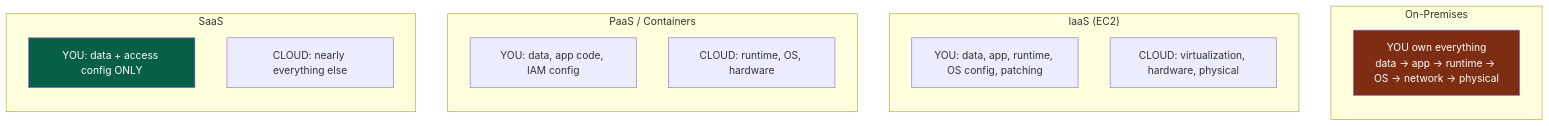
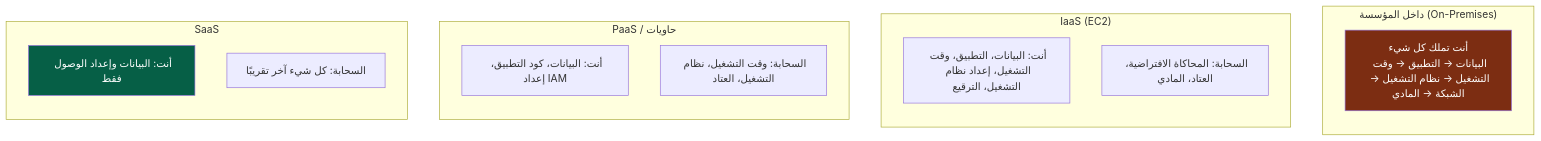
The second of 11 diagrams in src/content/translate/ar/cloud-native-and-supply-chain-security-in-depth.md (ibra-kdbra/banije), drawn with Mermaid before and after one commit. The commit also changed other lines of this file and 33 other files, not shown here.

````diff
--- a/src/content/translate/ar/cloud-native-and-supply-chain-security-in-depth.md
+++ b/src/content/translate/ar/cloud-native-and-supply-chain-security-in-depth.md
@@ -56,24 +56,24 @@
 ```mermaid
 flowchart TD
-    subgraph OnPrem["On-Premises"]
+    subgraph OnPrem["داخل المؤسسة (On-Premises)"]
         direction TB
-        O["YOU own everything<br/>data → app → runtime → OS → network → physical"]
+        O["أنت تملك كل شيء<br/>البيانات → التطبيق → وقت التشغيل → نظام التشغيل → الشبكة → المادي"]
     end
     subgraph IaaS["IaaS (EC2)"]
         direction TB
-        I1["YOU: data, app, runtime, OS config, patching"]
-        I2["CLOUD: virtualization, hardware, physical"]
+        I1["أنت: البيانات، التطبيق، وقت التشغيل، إعداد نظام التشغيل، الترقيع"]
+        I2["السحابة: المحاكاة الافتراضية، العتاد، المادي"]
     end
-    subgraph PaaS["PaaS / Containers"]
+    subgraph PaaS["PaaS / حاويات"]
         direction TB
-        P1["YOU: data, app code, IAM config"]
-        P2["CLOUD: runtime, OS, hardware"]
+        P1["أنت: البيانات، كود التطبيق، إعداد IAM"]
+        P2["السحابة: وقت التشغيل، نظام التشغيل، العتاد"]
     end
     subgraph SaaS["SaaS"]
         direction TB
-        S1["YOU: data + access config ONLY"]
-        S2["CLOUD: nearly everything else"]
+        S1["أنت: البيانات وإعداد الوصول فقط"]
+        S2["السحابة: كل شيء آخر تقريبًا"]
     end
     style O fill:#7c2d12,color:#fff
     style S1 fill:#065f46,color:#fff
 ```
````
